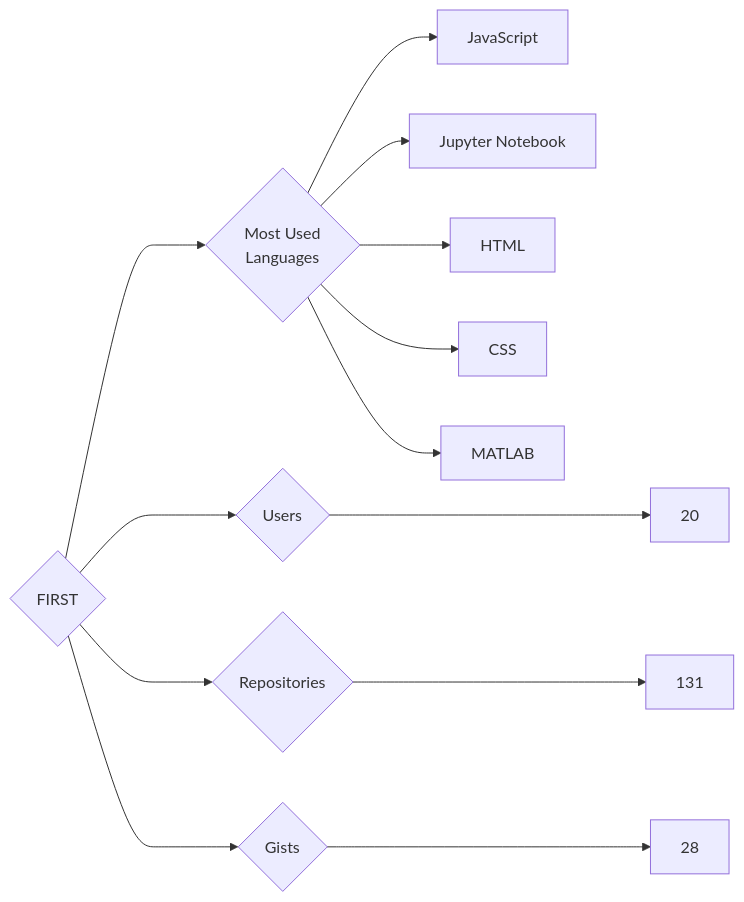
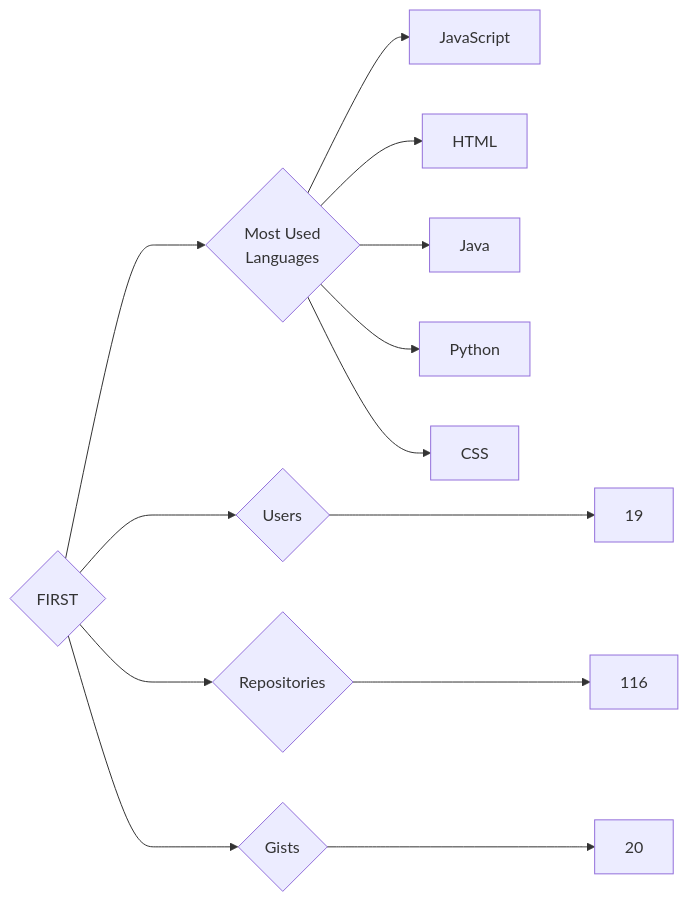
The diagram in targets/FIRST/README.md (trickest/insiders), drawn with Mermaid before and after one commit. The commit also changed 845 other files, not shown here.

````diff
--- a/targets/FIRST/README.md
+++ b/targets/FIRST/README.md
@@ -3,13 +3,13 @@
 ```mermaid
 graph LR
 COMPANY_NAME{FIRST}
-COMPANY_NAME ---> U{Users} ---> UN[20]
-COMPANY_NAME ---> R{Repositories} ---> RN[131]
-COMPANY_NAME ---> G{Gists} ---> GN[28]
+COMPANY_NAME ---> U{Users} ---> UN[19]
+COMPANY_NAME ---> R{Repositories} ---> RN[116]
+COMPANY_NAME ---> G{Gists} ---> GN[20]
 COMPANY_NAME ---> ML{Most Used<br>Languages}
 ML --> JavaScript[JavaScript]
-ML --> Jupyter_Notebook[Jupyter Notebook]
 ML --> HTML[HTML]
+ML --> Java[Java]
+ML --> Python[Python]
 ML --> CSS[CSS]
-ML --> MATLAB[MATLAB]
 ```
````
